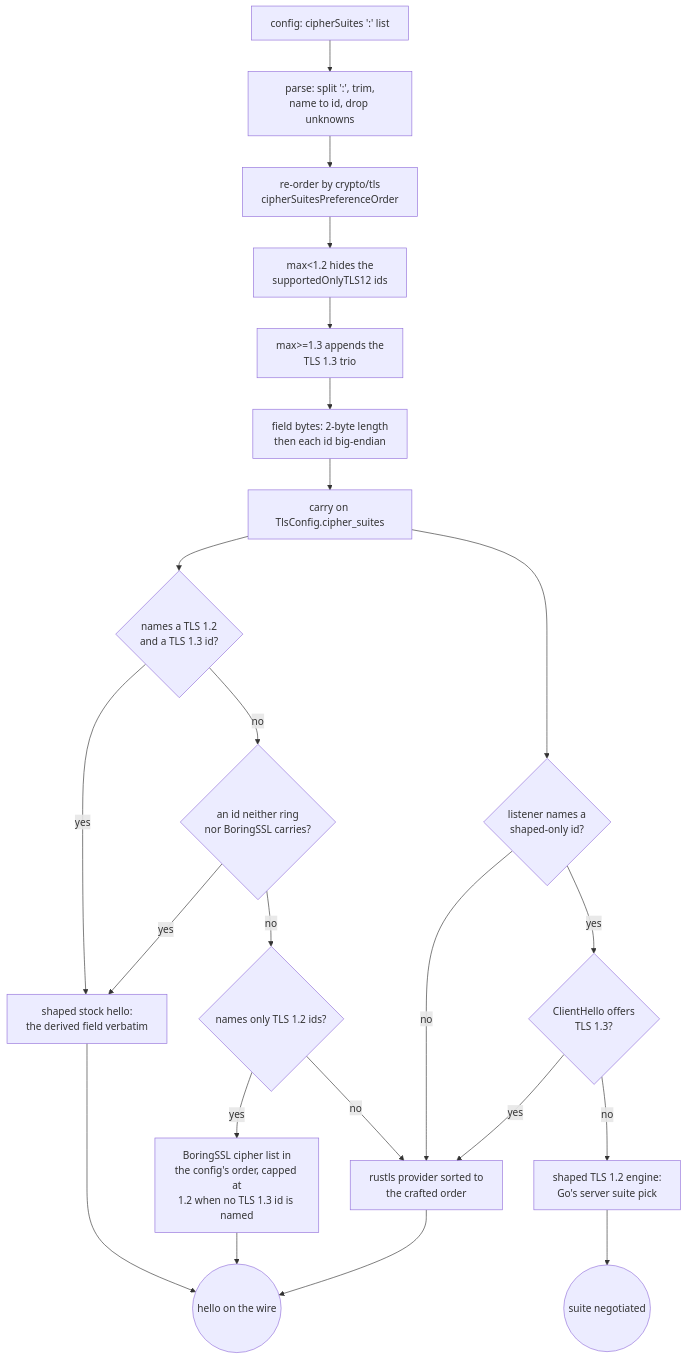
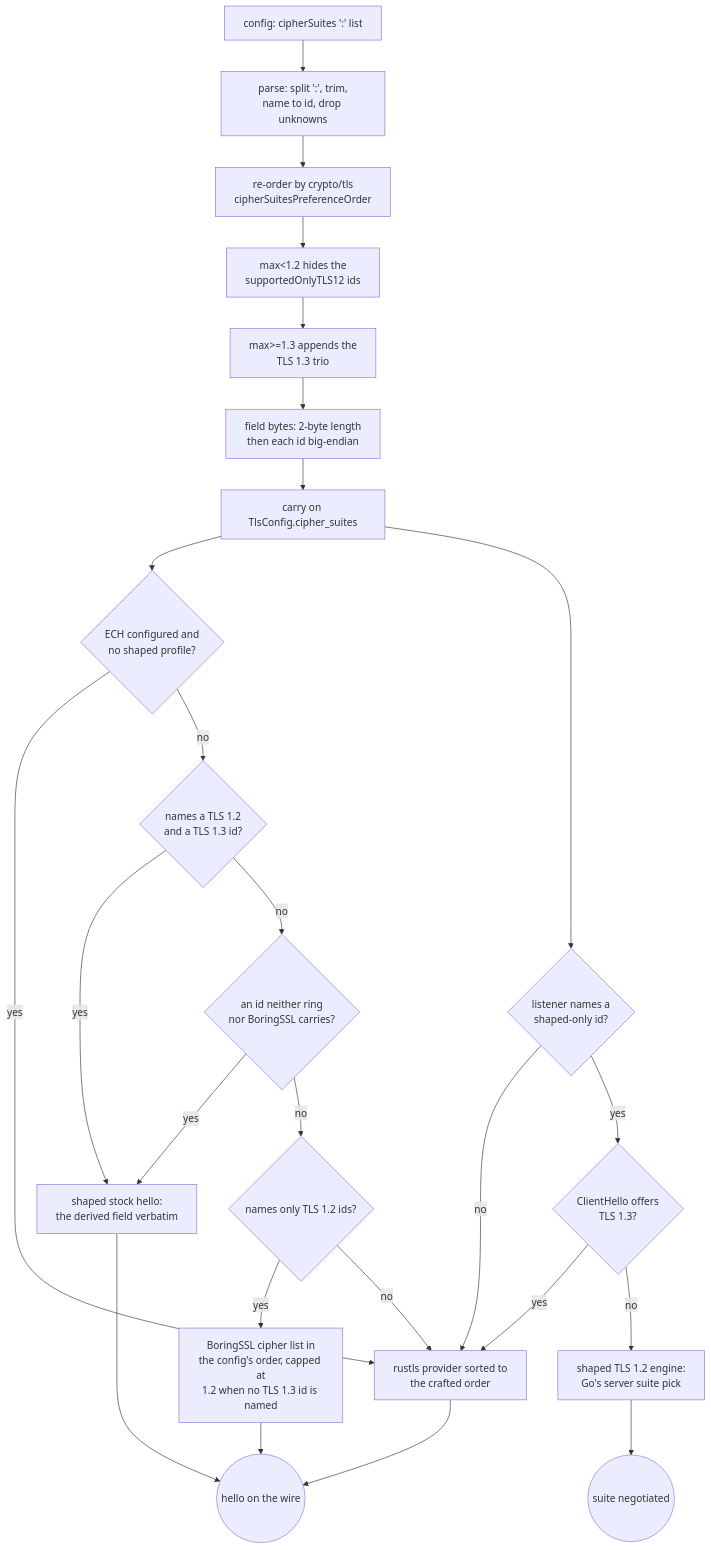
Before and after one commit to Ferrocite/ferrox: the diagram in docs/function/tls-cipher-suites.md, drawn with Mermaid. The commit also changed other lines of this file and 1 other file, not shown here.

Commit message:
docs: name the ECH limit on the TLS 1.2 legacy lane

````diff
--- a/docs/function/tls-cipher-suites.md
+++ b/docs/function/tls-cipher-suites.md
@@ -9,25 +9,27 @@
 ```mermaid
 graph TD
     C["config: cipherSuites ':' list"] --> P["parse: split ':', trim,<br/>name to id, drop unknowns"]
     P --> R["re-order by crypto/tls<br/>cipherSuitesPreferenceOrder"]
     R --> V["max<1.2 hides the<br/>supportedOnlyTLS12 ids"]
     V --> T["max>=1.3 appends the<br/>TLS 1.3 trio"]
     T --> F["field bytes: 2-byte length<br/>then each id big-endian"]
     F --> E["carry on TlsConfig.cipher_suites"]
-    E --> M{"names a TLS 1.2<br/>and a TLS 1.3 id?"}
+    E --> Z{"ECH configured and<br/>no shaped profile?"}
+    Z -->|yes| B["rustls provider sorted to<br/>the crafted order"]
+    Z -->|no| M{"names a TLS 1.2<br/>and a TLS 1.3 id?"}
     M -->|yes| G["shaped stock hello:<br/>the derived field verbatim"]
     M -->|no| K{"an id neither ring<br/>nor BoringSSL carries?"}
     K -->|yes| G
     K -->|no| Q{"names only TLS 1.2 ids?"}
     Q -->|yes| L["BoringSSL cipher list in<br/>the config's order, capped at<br/>1.2 when no TLS 1.3 id is named"]
-    Q -->|no| B["rustls provider sorted to<br/>the crafted order"]
+    Q -->|no| B
     G --> W
     E --> X{"listener names a<br/>shaped-only id?"}
     X -->|no| B
     X -->|yes| Y{"ClientHello offers<br/>TLS 1.3?"}
     Y -->|yes| B
     Y -->|no| H["shaped TLS 1.2 engine:<br/>Go's server suite pick"]
     B --> W(("hello on the wire"))
     L --> W
     H --> N(("suite negotiated"))
 ```
````
